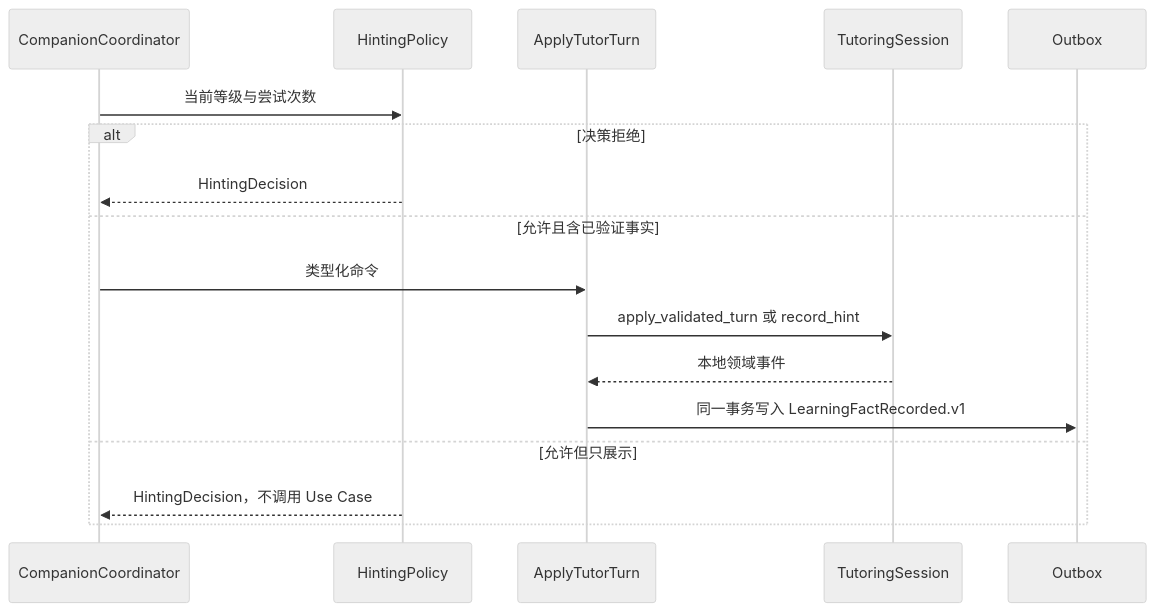
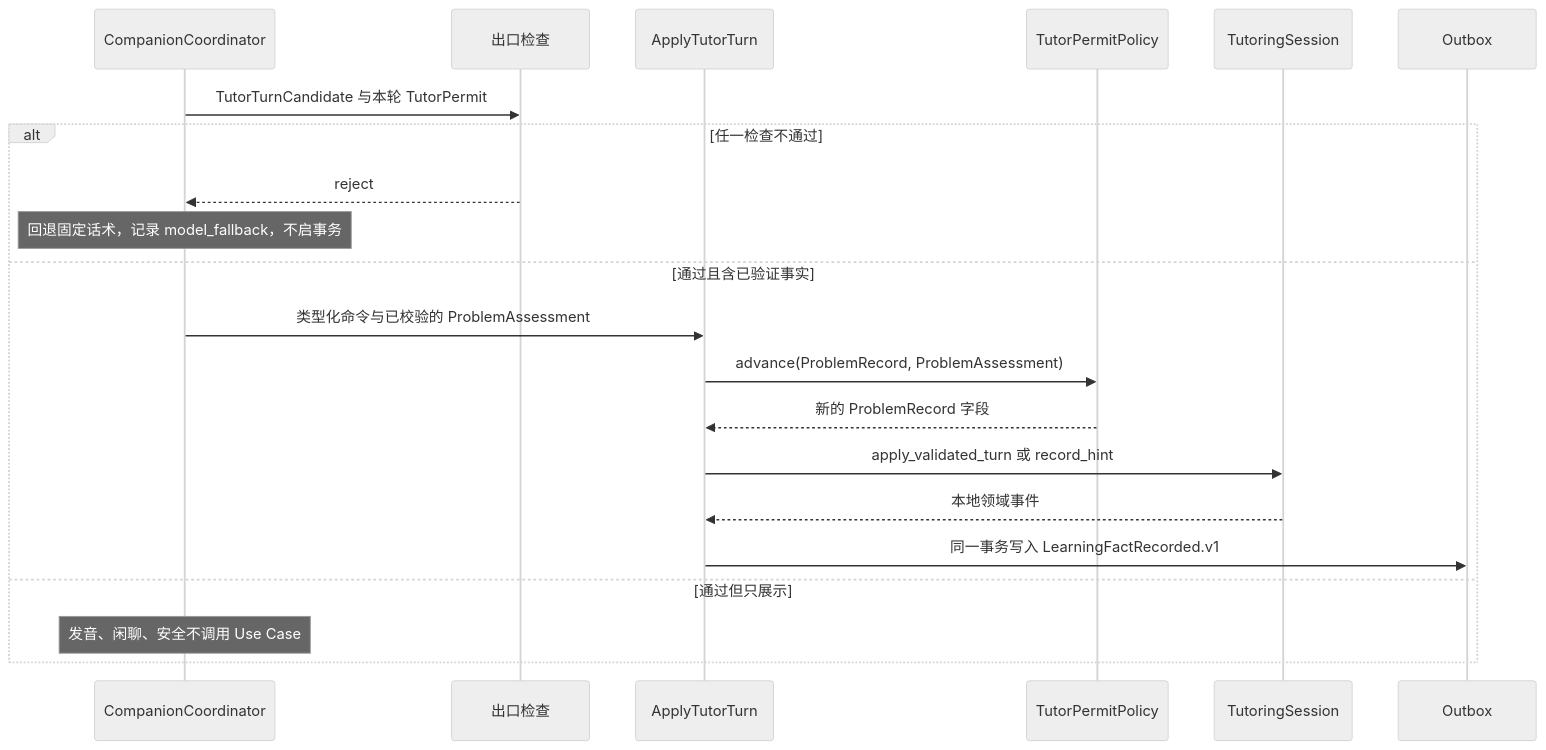
One commit to johanchow/duxue changed the seventh of 12 diagrams in docs/technical/domain-study.md. Above: the diagram before and after it, drawn with Mermaid (neutral theme). The commit also changed other lines of this file and 43 other files, not shown here.

First line of the commit message:
Let the model drive each tutoring turn while code guards the answer state and the exit.

````diff
--- a/docs/technical/domain-study.md
+++ b/docs/technical/domain-study.md
@@ -327,19 +409,23 @@
 ```mermaid
 sequenceDiagram
     participant C as CompanionCoordinator
-    participant P as HintingPolicy
+    participant X as 出口检查
     participant U as ApplyTutorTurn
+    participant P as TutorPermitPolicy
     participant A as TutoringSession
     participant O as Outbox
-    C->>P: 当前等级与尝试次数
-    alt 决策拒绝
-        P-->>C: HintingDecision
-    else 允许且含已验证事实
-        C->>U: 类型化命令
+    C->>X: TutorTurnCandidate 与本轮 TutorPermit
+    alt 任一检查不通过
+        X-->>C: reject
+        Note over C: 回退固定话术，记录 model_fallback，不启事务
+    else 通过且含已验证事实
+        C->>U: 类型化命令与已校验的 ProblemAssessment
+        U->>P: advance(ProblemRecord, ProblemAssessment)
+        P-->>U: 新的 ProblemRecord 字段
         U->>A: apply_validated_turn 或 record_hint
         A-->>U: 本地领域事件
         U->>O: 同一事务写入 LearningFactRecorded.v1
-    else 允许但只展示
-        P-->>C: HintingDecision，不调用 Use Case
+    else 通过但只展示
+        Note over C: 发音、闲聊、安全不调用 Use Case
     end
 ```
````
